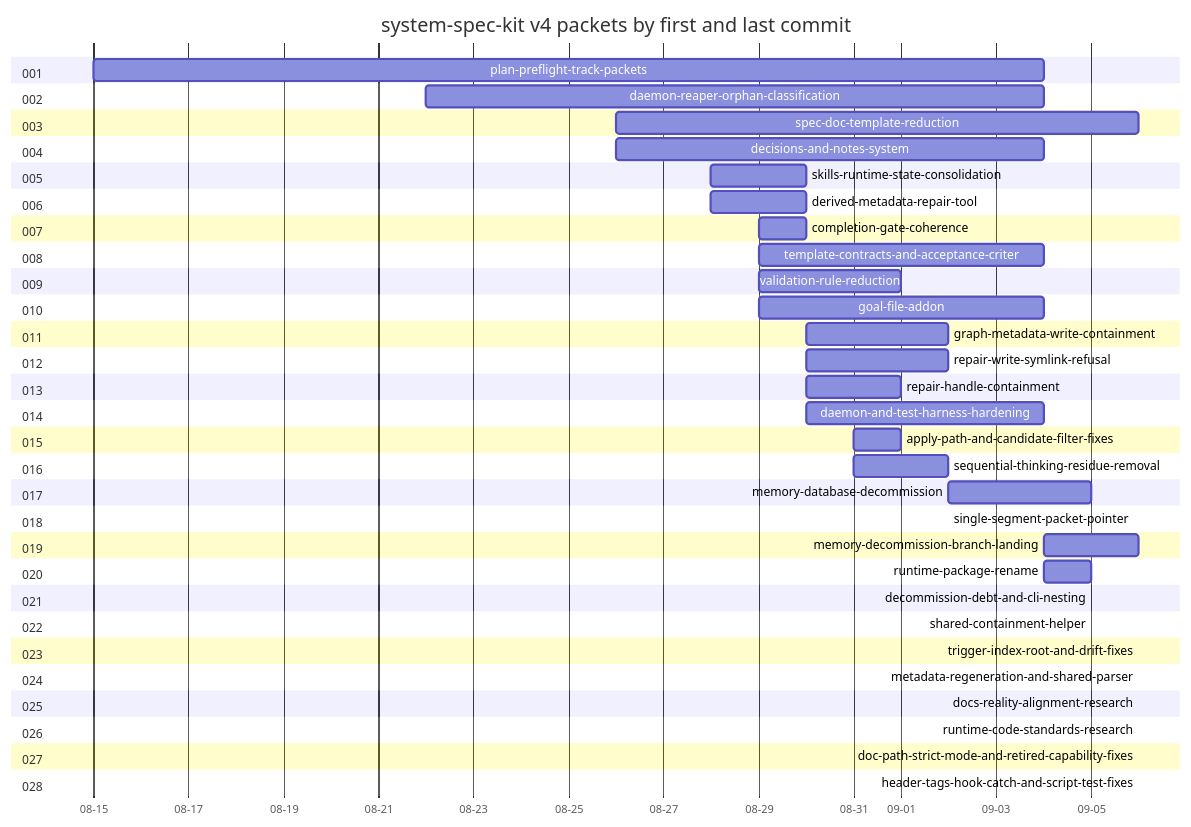
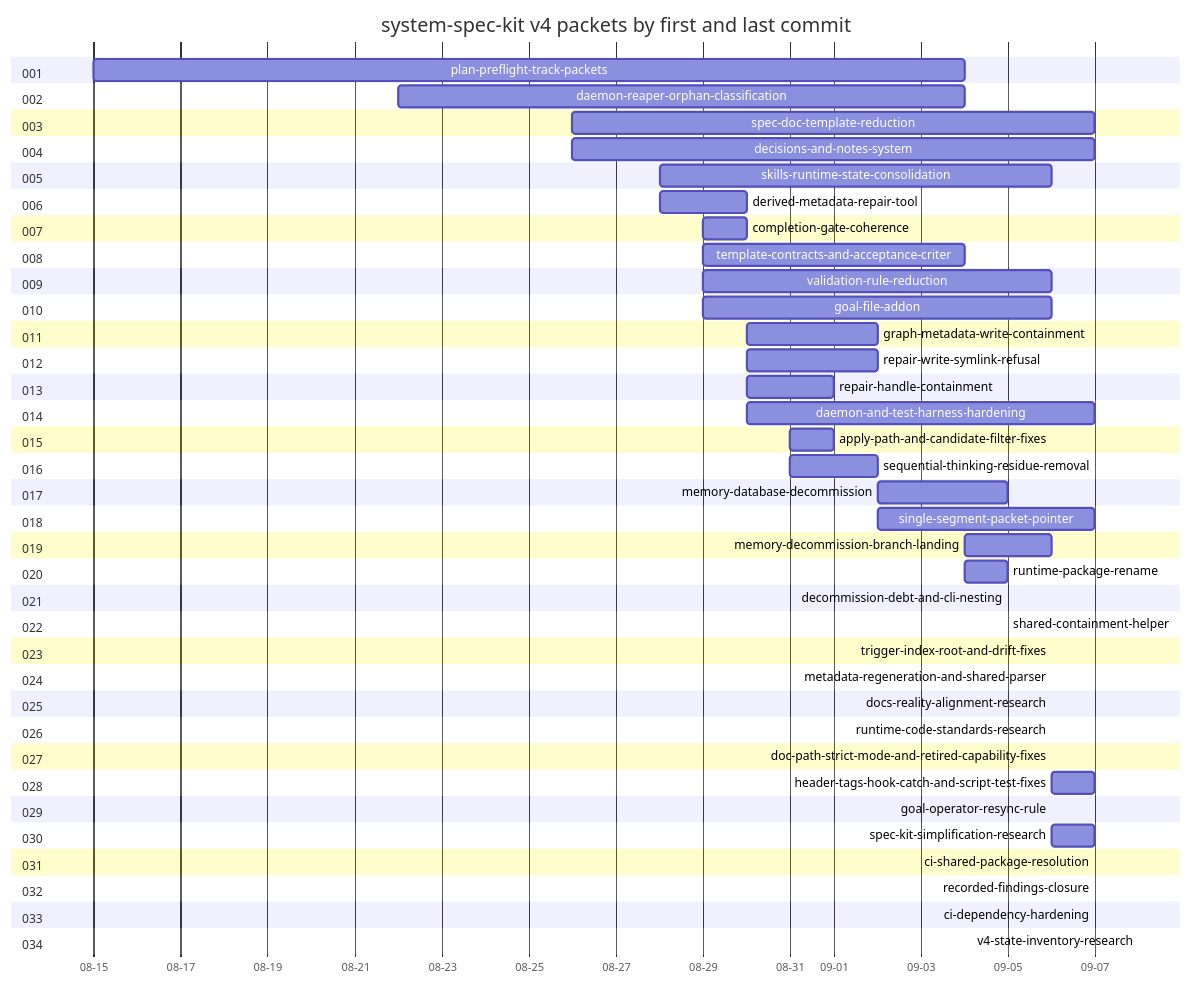
The diagram in specs/system-speckit/033-system-speckit-v4/timeline.md (MichelKerkmeester/skilled-agent-harness_spec-driven-loops), drawn with Mermaid before and after one commit. The commit also changed other lines of this file and 1261 other files, not shown here.

````diff
--- a/specs/system-speckit/033-system-speckit-v4/timeline.md
+++ b/specs/system-speckit/033-system-speckit-v4/timeline.md
@@ -130,62 +142,74 @@
 ```mermaid
 gantt
     title system-spec-kit v4 packets by first and last commit
     dateFormat YYYY-MM-DD
     axisFormat %m-%d
     section 001
     plan-preflight-track-packets :2026-08-15, 2026-09-04
     section 002
     daemon-reaper-orphan-classification :2026-08-22, 2026-09-04
     section 003
-    spec-doc-template-reduction :2026-08-26, 2026-09-06
+    spec-doc-template-reduction :2026-08-26, 2026-09-07
     section 004
-    decisions-and-notes-system :2026-08-26, 2026-09-04
+    decisions-and-notes-system :2026-08-26, 2026-09-07
     section 005
-    skills-runtime-state-consolidation :2026-08-28, 2026-08-30
+    skills-runtime-state-consolidation :2026-08-28, 2026-09-06
     section 006
     derived-metadata-repair-tool :2026-08-28, 2026-08-30
     section 007
     completion-gate-coherence :2026-08-29, 2026-08-30
     section 008
     template-contracts-and-acceptance-criter :2026-08-29, 2026-09-04
     section 009
-    validation-rule-reduction :2026-08-29, 2026-09-01
+    validation-rule-reduction :2026-08-29, 2026-09-06
     section 010
-    goal-file-addon :2026-08-29, 2026-09-04
+    goal-file-addon :2026-08-29, 2026-09-06
     section 011
     graph-metadata-write-containment :2026-08-30, 2026-09-02
     section 012
     repair-write-symlink-refusal :2026-08-30, 2026-09-02
     section 013
     repair-handle-containment :2026-08-30, 2026-09-01
     section 014
-    daemon-and-test-harness-hardening :2026-08-30, 2026-09-04
+    daemon-and-test-harness-hardening :2026-08-30, 2026-09-07
     section 015
     apply-path-and-candidate-filter-fixes :2026-08-31, 2026-09-01
     section 016
     sequential-thinking-residue-removal :2026-08-31, 2026-09-02
     section 017
     memory-database-decommission :2026-09-02, 2026-09-05
     section 018
-    single-segment-packet-pointer :2026-09-02, 2026-09-02
+    single-segment-packet-pointer :2026-09-02, 2026-09-07
     section 019
     memory-decommission-branch-landing :2026-09-04, 2026-09-06
     section 020
     runtime-package-rename :2026-09-04, 2026-09-05
     section 021
     decommission-debt-and-cli-nesting :2026-09-05, 2026-09-05
     section 022
     shared-containment-helper :2026-09-05, 2026-09-05
     section 023
     trigger-index-root-and-drift-fixes :2026-09-06, 2026-09-06
     section 024
     metadata-regeneration-and-shared-parser :2026-09-06, 2026-09-06
     section 025
     docs-reality-alignment-research :2026-09-06, 2026-09-06
     section 026
     runtime-code-standards-research :2026-09-06, 2026-09-06
     section 027
     doc-path-strict-mode-and-retired-capability-fixes :2026-09-06, 2026-09-06
     section 028
-    header-tags-hook-catch-and-script-test-fixes :2026-09-06, 2026-09-06
+    header-tags-hook-catch-and-script-test-fixes :2026-09-06, 2026-09-07
+    section 029
+    goal-operator-resync-rule :2026-09-06, 2026-09-06
+    section 030
+    spec-kit-simplification-research :2026-09-06, 2026-09-07
+    section 031
+    ci-shared-package-resolution :2026-09-07, 2026-09-07
+    section 032
+    recorded-findings-closure :2026-09-07, 2026-09-07
+    section 033
+    ci-dependency-hardening :2026-09-07, 2026-09-07
+    section 034
+    v4-state-inventory-research :2026-09-08, 2026-09-08
 ```
````
